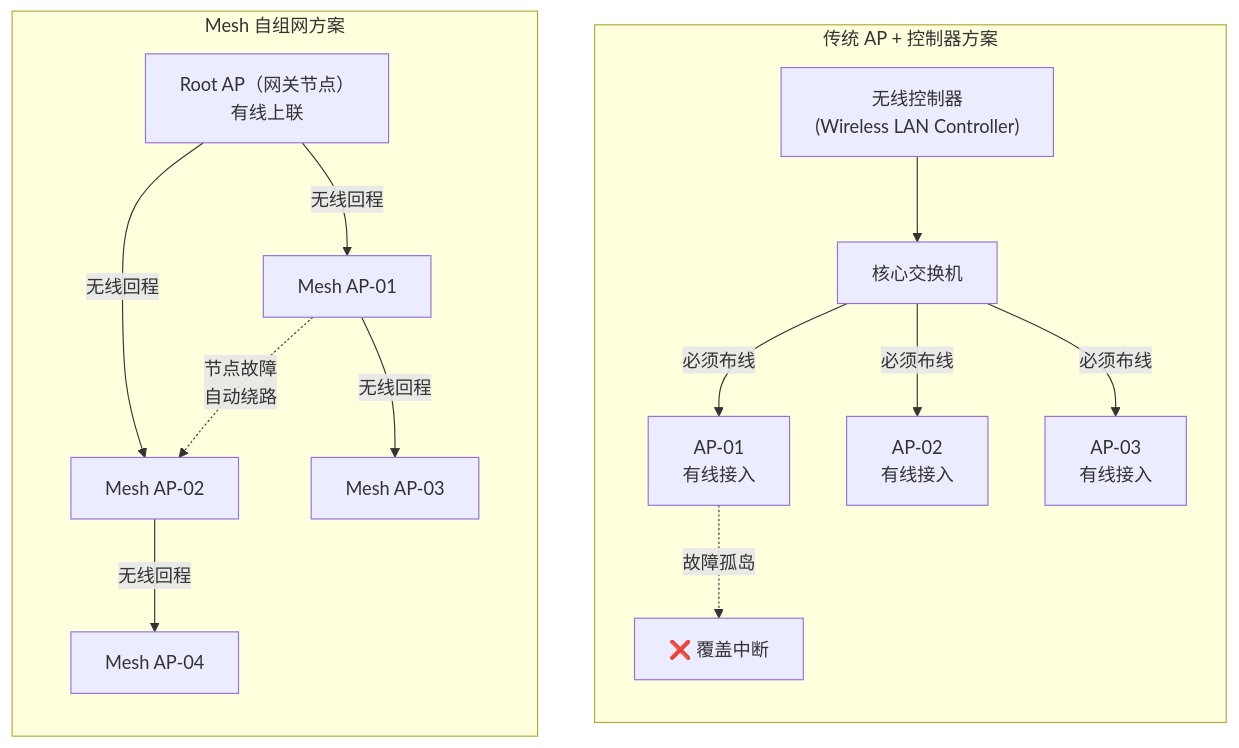
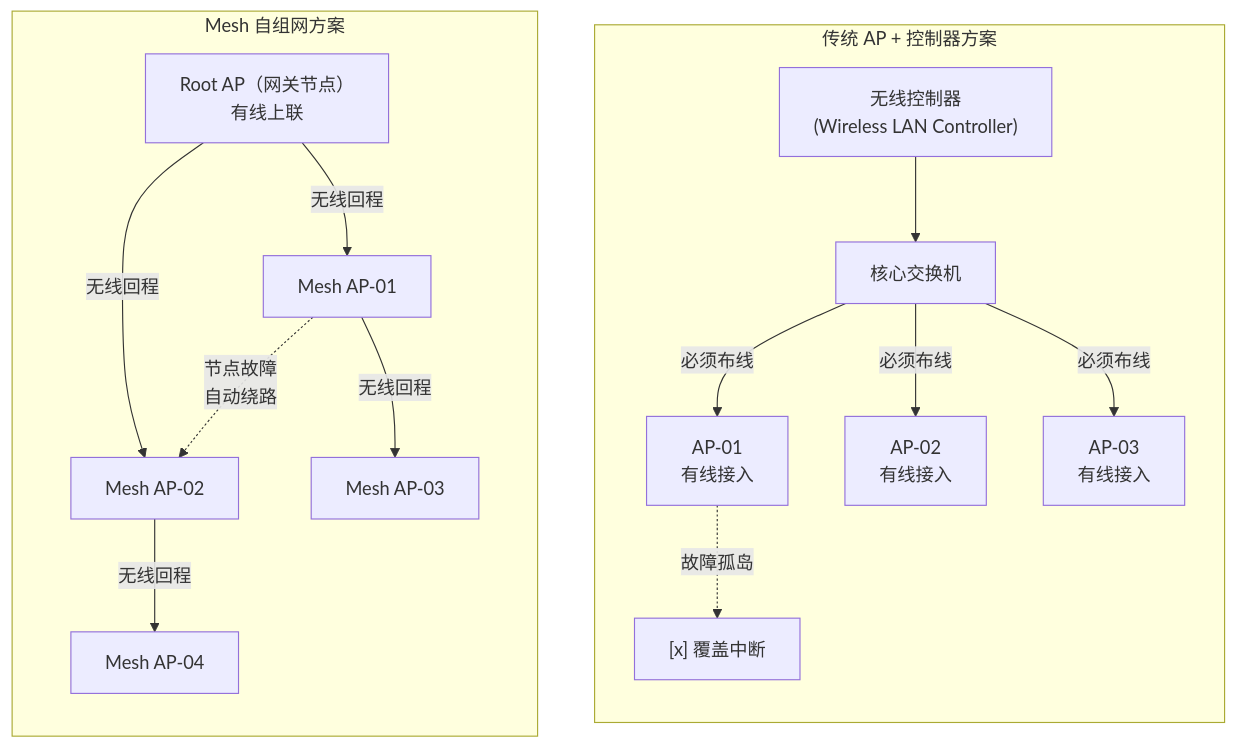
The first of 5 diagrams in docs/guide/wireless/mesh-networking.md (SKT-Shurima/NetworkMastery), drawn with Mermaid before and after one commit. The commit also changed other lines of this file and 54 other files, not shown here.

````diff
--- a/docs/guide/wireless/mesh-networking.md
+++ b/docs/guide/wireless/mesh-networking.md
@@ -27,30 +27,30 @@
 ```mermaid
 graph TB
     subgraph traditional["传统 AP + 控制器方案"]
         direction TB
         WLC["无线控制器<br/>(Wireless LAN Controller)"]
         SW1["核心交换机"]
         AP1["AP-01<br/>有线接入"]
         AP2["AP-02<br/>有线接入"]
         AP3["AP-03<br/>有线接入"]
         WLC --> SW1
         SW1 -->|"必须布线"| AP1
         SW1 -->|"必须布线"| AP2
         SW1 -->|"必须布线"| AP3
-        AP1 -.->|"故障孤岛"| DEAD1["❌ 覆盖中断"]
+        AP1 -.->|"故障孤岛"| DEAD1["[x] 覆盖中断"]
     end
 
     subgraph mesh["Mesh 自组网方案"]
         direction TB
         GW["Root AP（网关节点）<br/>有线上联"]
         MAP1["Mesh AP-01"]
         MAP2["Mesh AP-02"]
         MAP3["Mesh AP-03"]
         MAP4["Mesh AP-04"]
         GW -->|"无线回程"| MAP1
         GW -->|"无线回程"| MAP2
         MAP1 -->|"无线回程"| MAP3
         MAP2 -->|"无线回程"| MAP4
         MAP1 -.->|"节点故障<br/>自动绕路"| MAP2
     end
 ```
````
